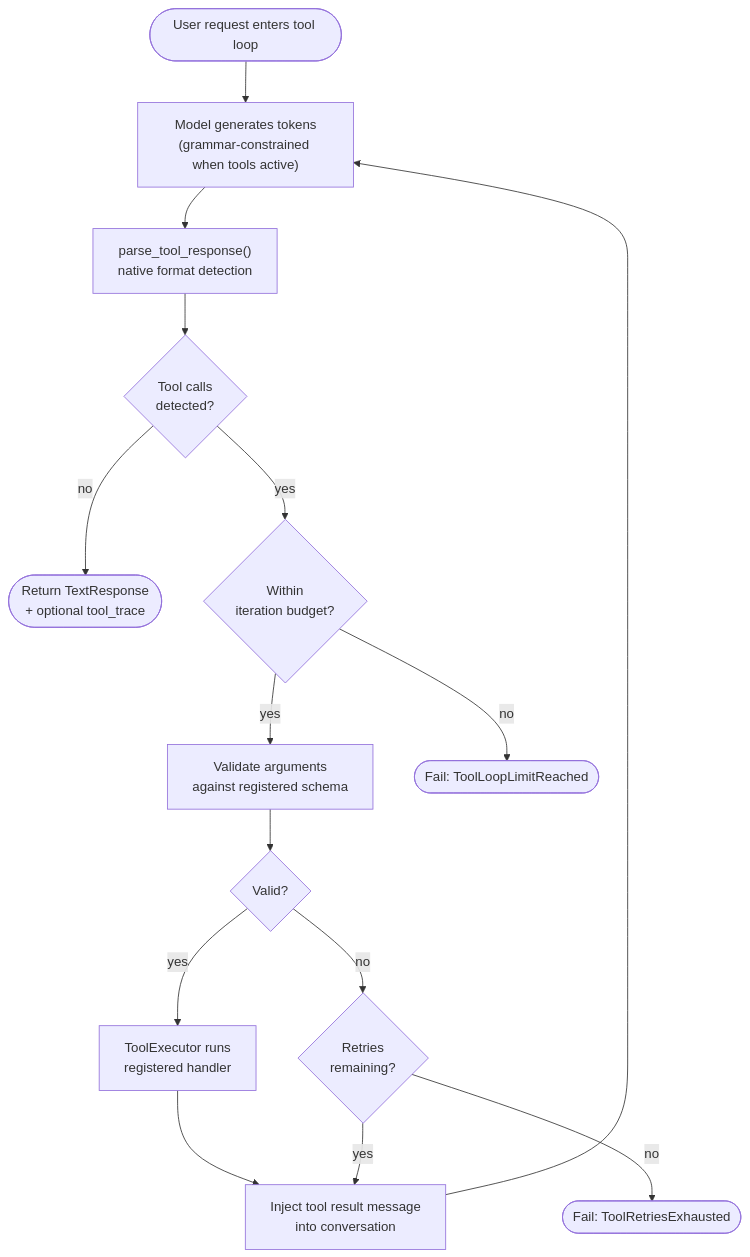
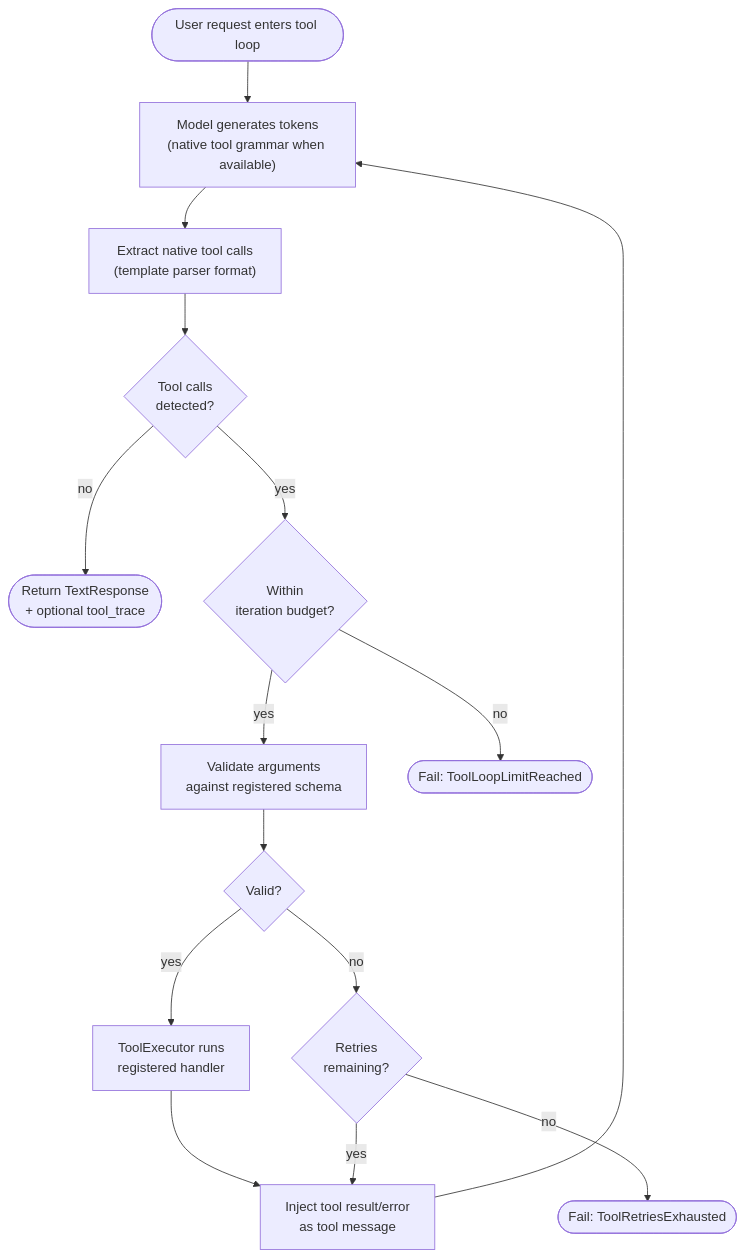
One commit to crybo-rybo/zoo-keeper changed the diagram in docs/tools.md. Above: the diagram before and after it, drawn with Mermaid. The commit also changed 5 other files, not shown here.

Commit message:
docs: align architecture diagrams with implementation

````diff
--- a/docs/tools.md
+++ b/docs/tools.md
@@ -11,27 +11,27 @@
 ```mermaid
 flowchart TD
     START(["User request enters tool loop"])
-    GEN["Model generates tokens<br/>(grammar-constrained when tools active)"]
-    PARSE["parse_tool_response()<br/>native format detection"]
+    GEN["Model generates tokens<br/>(native tool grammar when available)"]
+    PARSE["Extract native tool calls<br/>(template parser format)"]
     TEXT{"Tool calls<br/>detected?"}
     DONE(["Return TextResponse<br/>+ optional tool_trace"])
     VAL["Validate arguments<br/>against registered schema"]
     OK{"Valid?"}
     EXEC["ToolExecutor runs<br/>registered handler"]
-    INJ["Inject tool result message<br/>into conversation"]
+    INJ["Inject tool result/error<br/>as tool message"]
     RETRY{"Retries<br/>remaining?"}
     FAIL(["Fail: ToolRetriesExhausted"])
     LIMIT{"Within<br/>iteration budget?"}
     LIMITFAIL(["Fail: ToolLoopLimitReached"])
 
     START --> GEN --> PARSE --> TEXT
     TEXT -->|no| DONE
     TEXT -->|yes| LIMIT
     LIMIT -->|no| LIMITFAIL
     LIMIT -->|yes| VAL --> OK
     OK -->|yes| EXEC --> INJ --> GEN
     OK -->|no| RETRY
     RETRY -->|yes| INJ
     RETRY -->|no| FAIL
 
 ```
````
